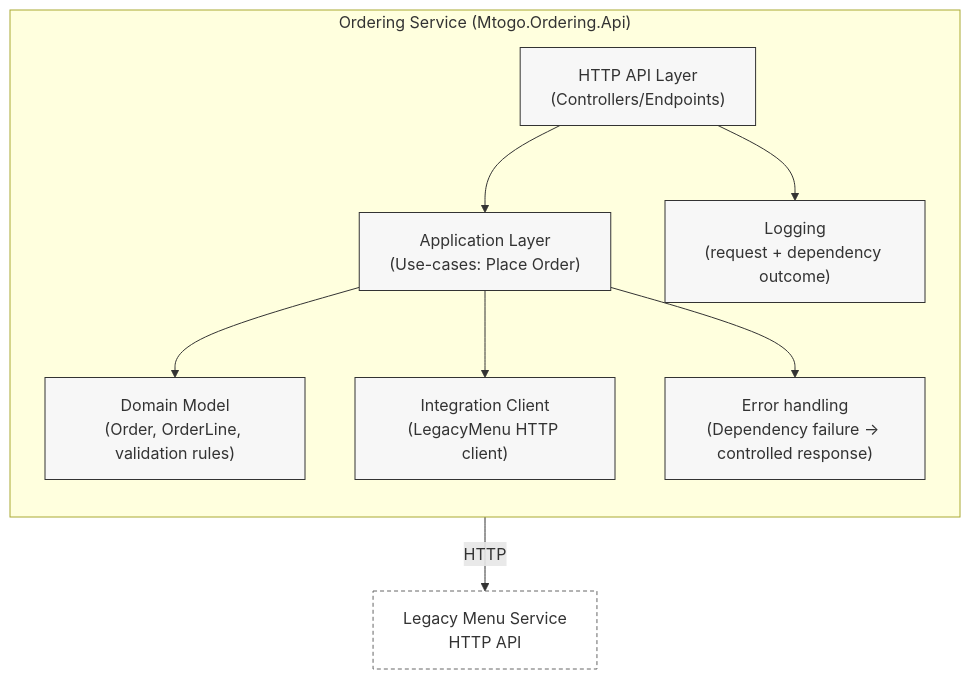
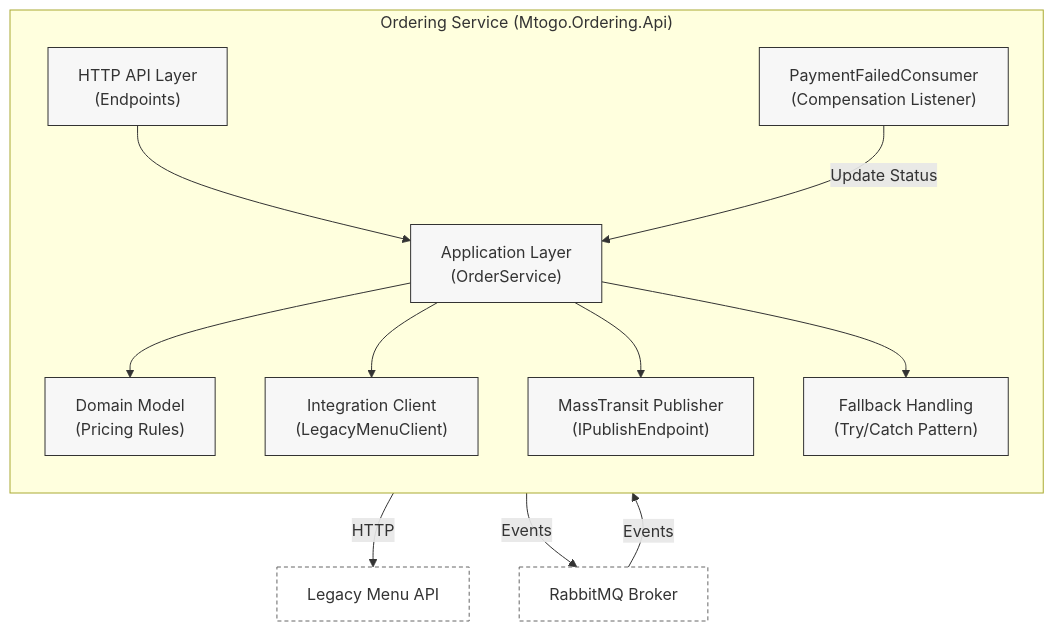
The diagram in docs/diagrams/component-ordering.mmd (VivekNagra/mtogo-final-exam), drawn with Mermaid before and after one commit. The commit also changed 2 other files, not shown here.

```diff
--- a/docs/diagrams/component-ordering.mmd
+++ b/docs/diagrams/component-ordering.mmd
@@ -1,30 +1,29 @@
 flowchart TB
-  %% Component view inside Ordering Service (conceptual mapping)
-
+  %% Component view inside Ordering Service
   classDef comp fill:#f7f7f7,stroke:#333,stroke-width:1px;
   classDef ext fill:#fff,stroke:#666,stroke-dasharray: 4 3;
 
   subgraph OS["Ordering Service (Mtogo.Ordering.Api)"]
     direction TB
-    API["HTTP API Layer\n(Controllers/Endpoints)"]:::comp
-    APP["Application Layer\n(Use-cases: Place Order)"]:::comp
-    DOM["Domain Model\n(Order, OrderLine, validation rules)"]:::comp
-    INT["Integration Client\n(LegacyMenu HTTP client)"]:::comp
-    ERR["Error handling\n(Dependency failure -> controlled response)"]:::comp
-    LOG["Logging\n(request + dependency outcome)"]:::comp
+    API["HTTP API Layer\n(Endpoints)"]:::comp
+    APP["Application Layer\n(OrderService)"]:::comp
+    DOM["Domain Model\n(Pricing Rules)"]:::comp
+    INT["Integration Client\n(LegacyMenuClient)"]:::comp
+    PUB["MassTransit Publisher\n(IPublishEndpoint)"]:::comp
+    SUB["PaymentFailedConsumer\n(Compensation Listener)"]:::comp
+    ERR["Fallback Handling\n(Try/Catch Pattern)"]:::comp
   end
 
-  LEG["Legacy Menu Service\nHTTP API"]:::ext
+  RMQ["RabbitMQ Broker"]:::ext
+  LEG["Legacy Menu API"]:::ext
 
   API --> APP
   APP --> DOM
   APP --> INT
-  
-  %% Optional: Connect Error/Log to specific flows or keep generic
+  APP --> PUB
   APP --> ERR
-  API --> LOG
   
   INT -->|HTTP| LEG
-
-  %% Note: persistence intentionally not shown as a dedicated component
-  %% unless you actually have a DB/repository abstraction in repo.
+  PUB -->|Events| RMQ
+  RMQ -->|Events| SUB
+  SUB -->|Update Status| APP
```
